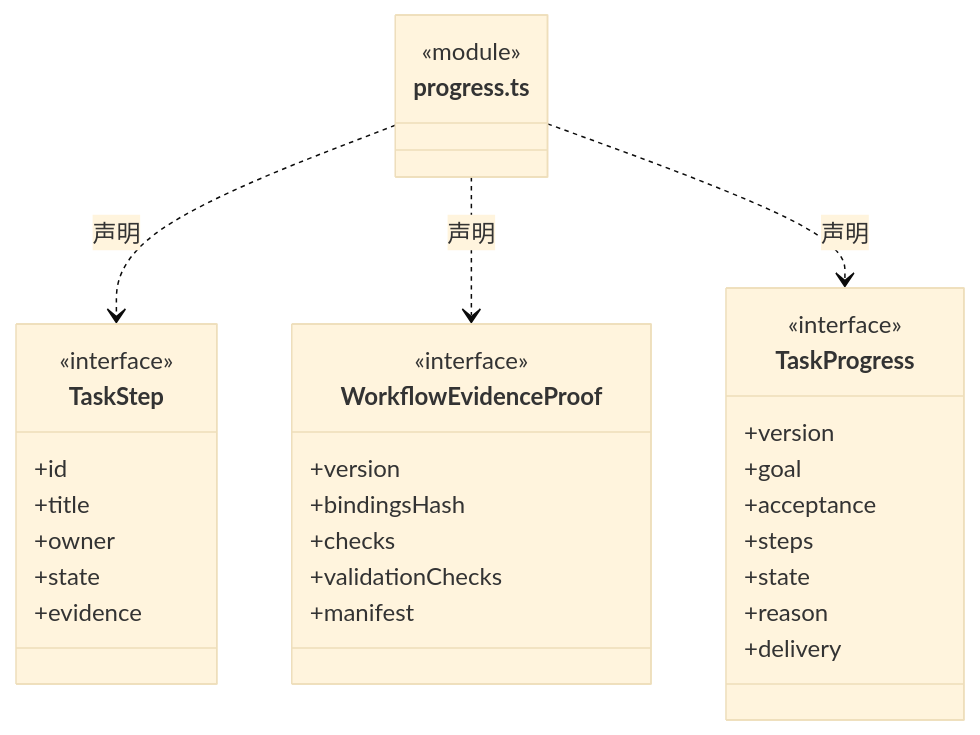
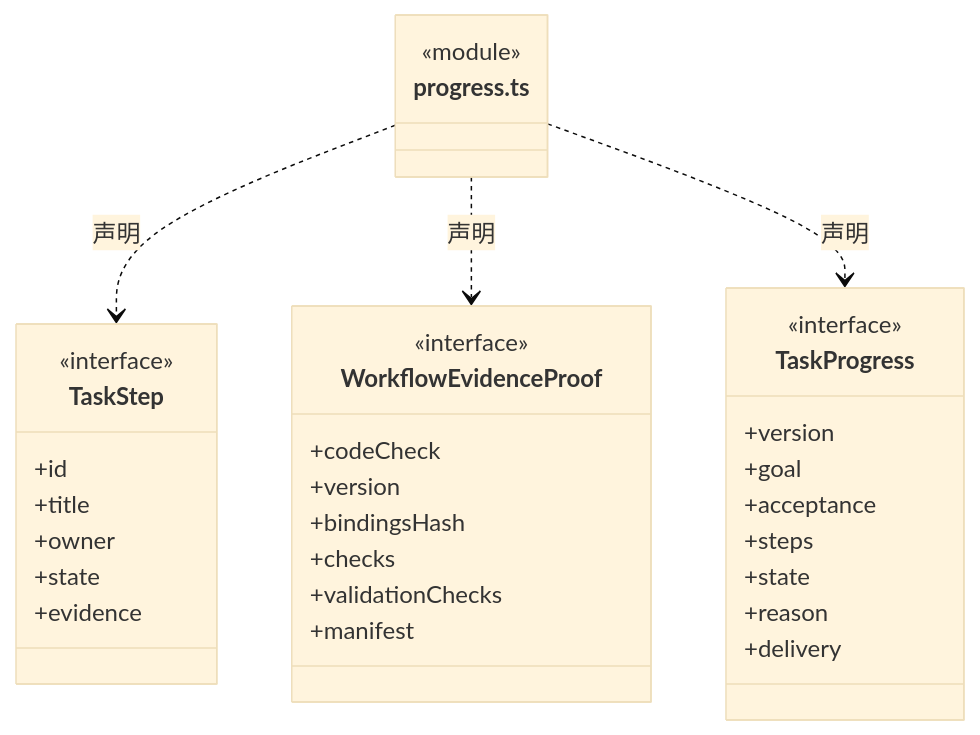
One commit to nan023062/cbim changed diagram 25 of 46 in src/backend/core/evidence/ARCHITECTURE.md. Above: the diagram before and after it, drawn with Mermaid (base theme). The commit also changed other lines of this file and 130 other files, not shown here.

````diff
--- a/src/backend/core/evidence/ARCHITECTURE.md
+++ b/src/backend/core/evidence/ARCHITECTURE.md
@@ -451,35 +529,36 @@
 ```mermaid
 classDiagram
 class N_src_backend_core_evidence_progress_ts["progress.ts"] {
   <<module>>
 }
 class N_src_backend_core_evidence_progress_ts_TaskStep["TaskStep"] {
   <<interface>>
   +id
   +title
   +owner
   +state
   +evidence
 }
 N_src_backend_core_evidence_progress_ts ..> N_src_backend_core_evidence_progress_ts_TaskStep : 声明
 class N_src_backend_core_evidence_progress_ts_WorkflowEvidenceProof["WorkflowEvidenceProof"] {
   <<interface>>
+  +codeCheck
   +version
   +bindingsHash
   +checks
   +validationChecks
   +manifest
 }
 N_src_backend_core_evidence_progress_ts ..> N_src_backend_core_evidence_progress_ts_WorkflowEvidenceProof : 声明
 class N_src_backend_core_evidence_progress_ts_TaskProgress["TaskProgress"] {
   <<interface>>
   +version
   +goal
   +acceptance
   +steps
   +state
   +reason
   +delivery
 }
 N_src_backend_core_evidence_progress_ts ..> N_src_backend_core_evidence_progress_ts_TaskProgress : 声明
 ```
````
